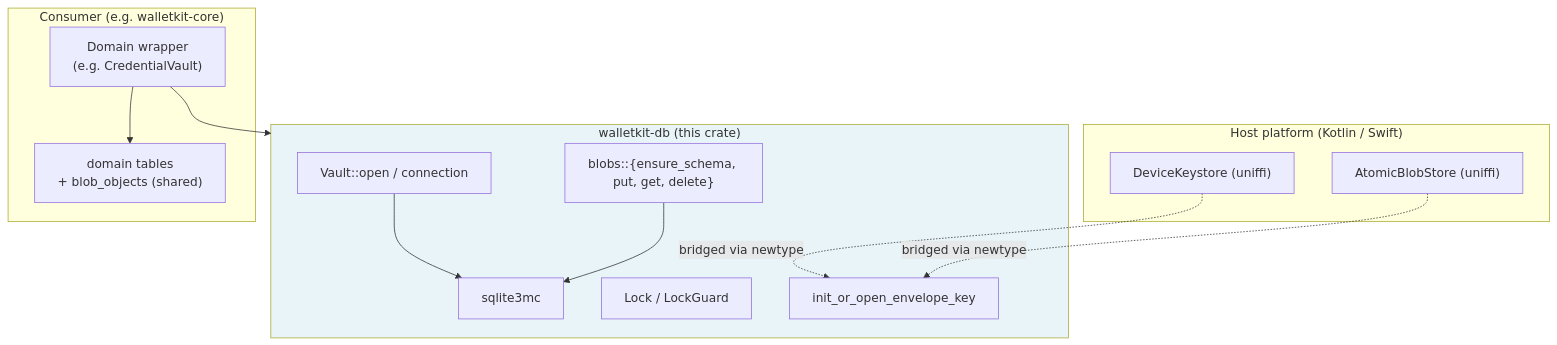
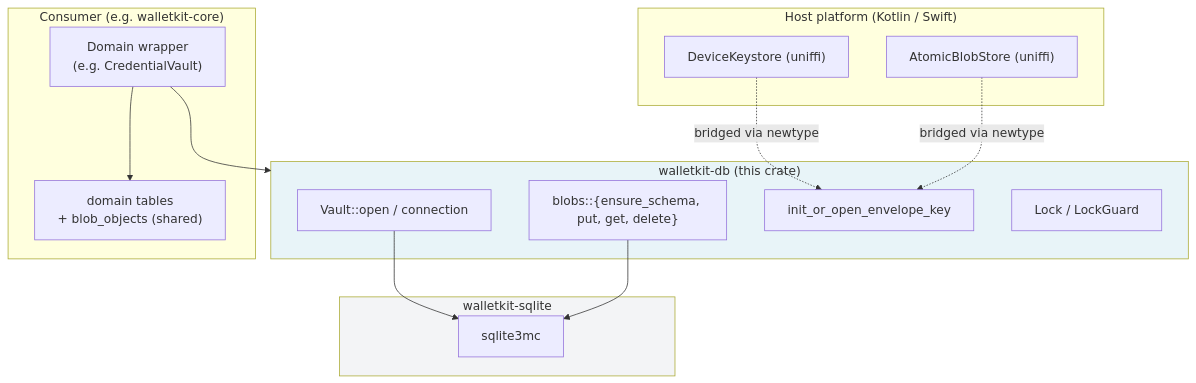
Before and after one commit to worldcoin/walletkit: the diagram in crates/walletkit-db/README.md, drawn with Mermaid. The commit also changed other lines of this file and 31 other files, not shown here.

First line of the commit message:
refactor: split walletkit-sqlite from walletkit-db (#489)

````diff
--- a/crates/walletkit-db/README.md
+++ b/crates/walletkit-db/README.md
@@ -19,25 +21,28 @@
 ```mermaid
 flowchart TB
     subgraph Host["Host platform (Kotlin / Swift)"]
         KS["DeviceKeystore (uniffi)"]
         BS["AtomicBlobStore (uniffi)"]
     end
     subgraph WKDB["walletkit-db (this crate)"]
         OV["Vault::open / connection"]
         Blobs["blobs::{ensure_schema, put, get, delete}"]
         Env["init_or_open_envelope_key"]
         Lock["Lock / LockGuard"]
+    end
+    subgraph WKSQL["walletkit-sqlite"]
         Cipher["sqlite3mc"]
-        OV --> Cipher
-        Blobs --> Cipher
     end
     subgraph Consumer["Consumer (e.g. walletkit-core)"]
         Wrapper["Domain wrapper<br/>(e.g. CredentialVault)"]
         Tables["domain tables<br/>+ blob_objects (shared)"]
         Wrapper --> Tables
     end
     KS -.bridged via newtype.-> Env
     BS -.bridged via newtype.-> Env
     Wrapper --> WKDB
+    OV --> Cipher
+    Blobs --> Cipher
     style WKDB fill:#e8f4f8
+    style WKSQL fill:#f3f4f6
 ```
````
